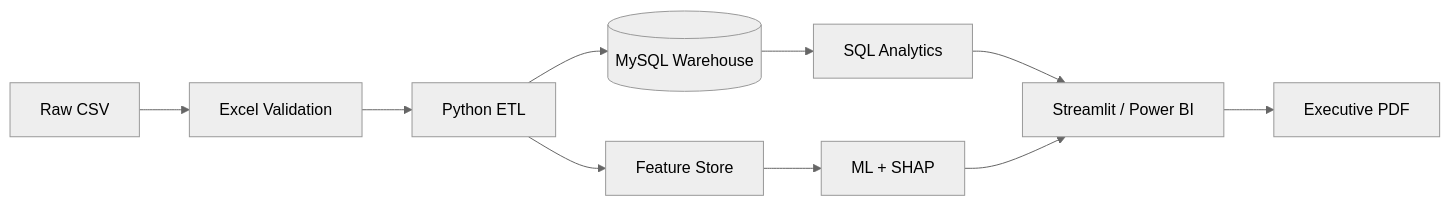
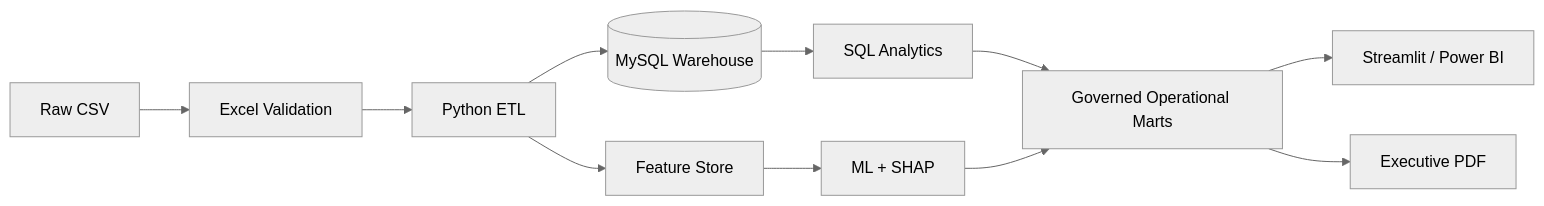
One commit to suhani-chauhan56/Hospital-Operations-Intelligence-Platform changed the diagram in README.md. Above: the diagram before and after it, drawn with Mermaid (neutral theme). The commit also changed other lines of this file and 29 other files, not shown here.

````diff
--- a/README.md
+++ b/README.md
@@ -31,12 +31,13 @@
 ```mermaid
 flowchart LR
     A[Raw CSV] --> B[Excel Validation]
     B --> C[Python ETL]
     C --> D[(MySQL Warehouse)]
     C --> E[Feature Store]
     D --> F[SQL Analytics]
     E --> G[ML + SHAP]
-    F --> H[Streamlit / Power BI]
+    F --> H[Governed Operational Marts]
     G --> H
-    H --> I[Executive PDF]
+    H --> I[Streamlit / Power BI]
+    H --> J[Executive PDF]
 ```
````
